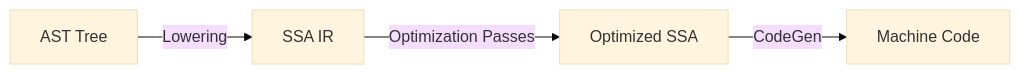
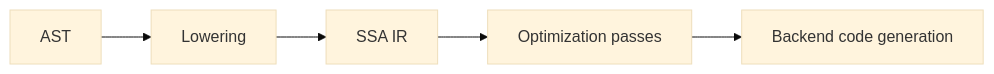
Before and after one commit to syahputrawork98-sketch/Golang-Knowledge-Base: the diagram in RAK-06-compiler-runtime/SR-01-compiler-architecture/BK-02-middle-end/CH-01_SSA/README.md, drawn with Mermaid (base theme). The commit also changed other lines of this file and 44 other files, not shown here.

````diff
--- a/RAK-06-compiler-runtime/SR-01-compiler-architecture/BK-02-middle-end/CH-01_SSA/README.md
+++ b/RAK-06-compiler-runtime/SR-01-compiler-architecture/BK-02-middle-end/CH-01_SSA/README.md
@@ -27,7 +35,7 @@
 ```mermaid
 graph LR
-
-    AST[AST Tree] -->|Lowering| SSA[SSA IR]
-    SSA -->|Optimization Passes| SSA_OPT[Optimized SSA]
-    SSA_OPT -->|CodeGen| Binary[Machine Code]
+    AST[AST] --> Lowering[Lowering]
+    Lowering --> SSA[SSA IR]
+    SSA --> Passes[Optimization passes]
+    Passes --> Backend[Backend code generation]
 ```
````
